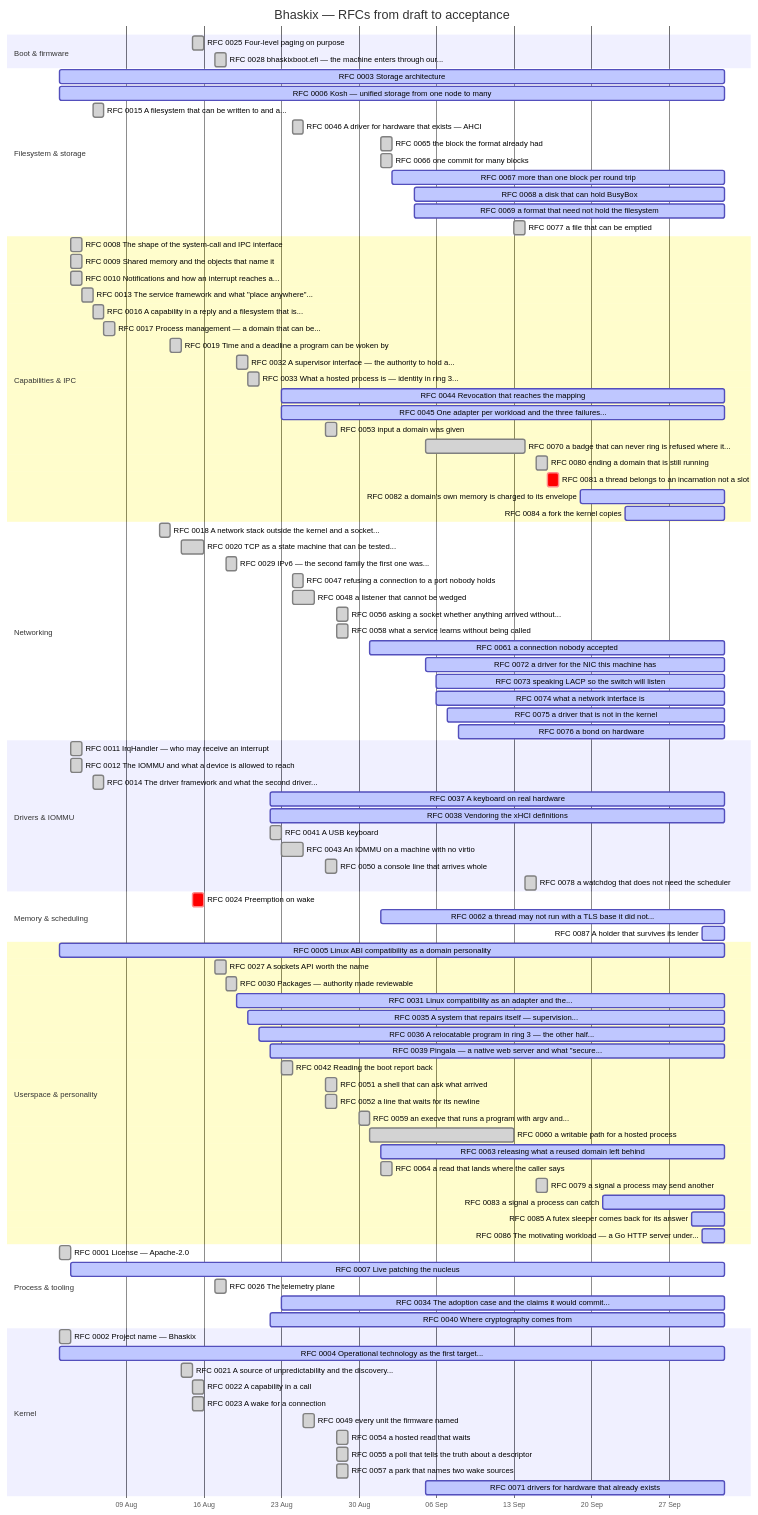
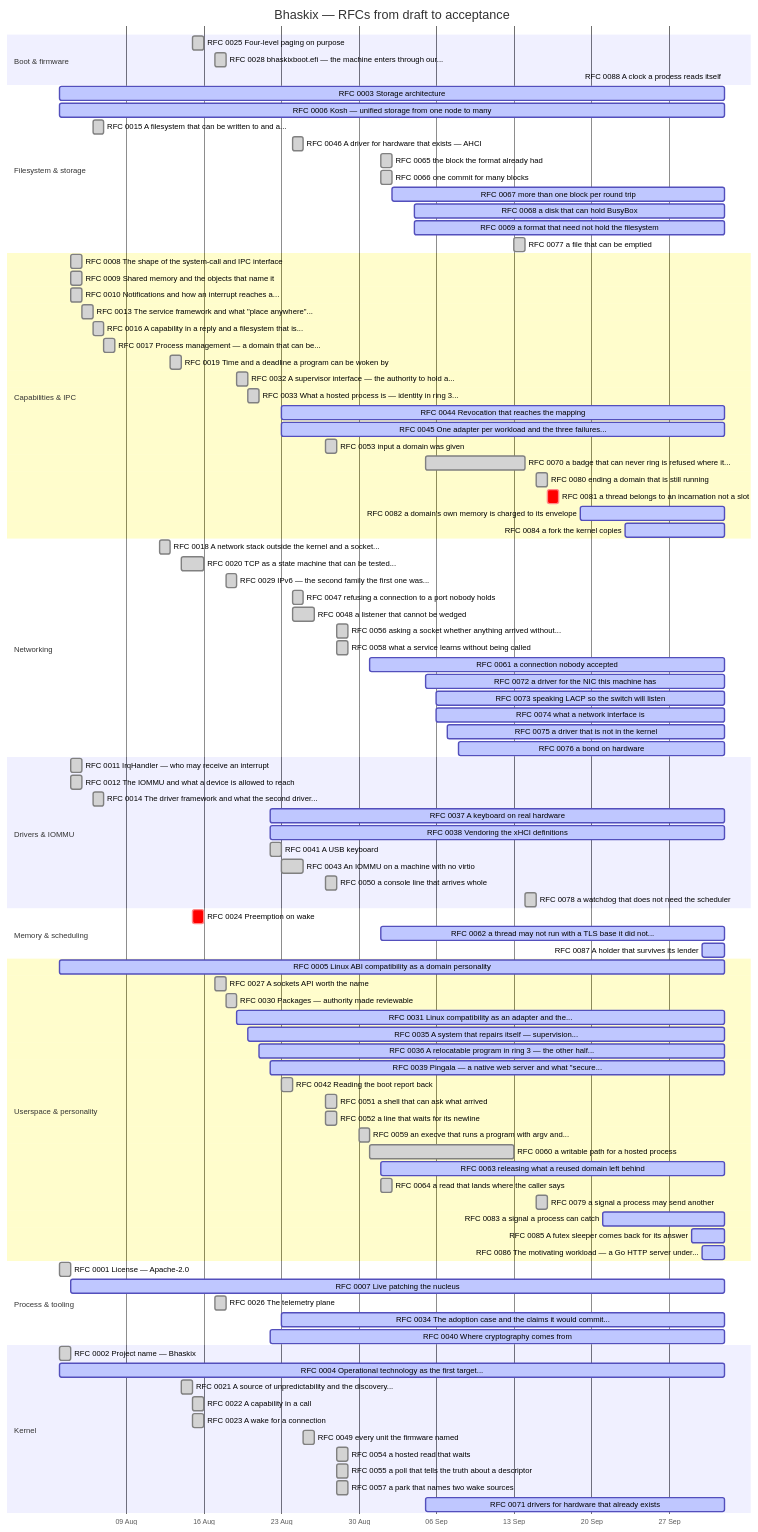
One commit to bhaskix/bhaskix changed the diagram in docs/progress.md. Above: the diagram before and after it, drawn with Mermaid. The commit also changed other lines of this file and 2 other files, not shown here.

First line of the commit message:
docs: RFC 0088, a clock a process reads itself (draft)

```diff
--- a/docs/progress.md
+++ b/docs/progress.md
@@ -30,6 +30,7 @@
     section Boot & firmware
     RFC 0025 Four-level paging on purpose :done, r0025, 2026-08-15, 2026-08-16
     RFC 0028 bhaskixboot.efi — the machine enters through our... :done, r0028, 2026-08-17, 2026-08-18
+    RFC 0088 A clock a process reads itself :active, r0088, 2026-10-02, 2026-10-02
     section Filesystem & storage
     RFC 0003 Storage architecture :active, r0003, 2026-08-03, 2026-10-02
     RFC 0006 Kosh — unified storage from one node to many :active, r0006, 2026-08-03, 2026-10-02
```
